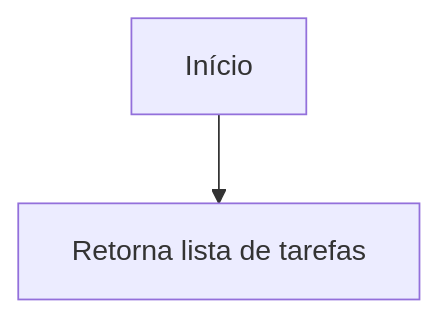
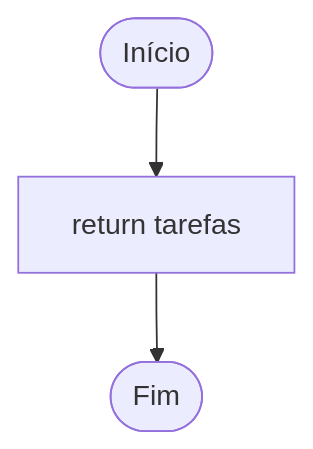
The fifth of 7 diagrams in Fluxograms/README.md (kf-martins-uel/algoritmos-crud), drawn with Mermaid before and after one commit. The commit also changed other lines of this file and 1 other file, not shown here.

````diff
--- a/Fluxograms/README.md
+++ b/Fluxograms/README.md
@@ -39,4 +57,5 @@
 ```mermaid
 flowchart TD
-    A[Início] --> B[Retorna lista de tarefas]
+    A(["Início"]) --> B["return tarefas"]
+    B --> C(["Fim"])
 ```
````
